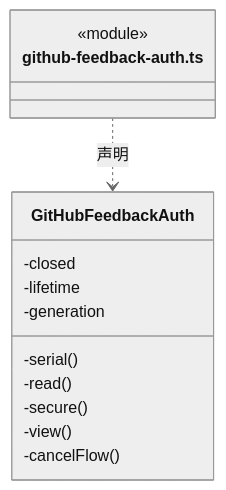
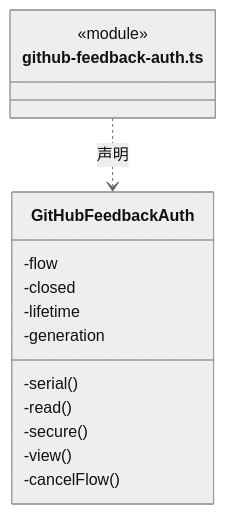
The fifth of 9 diagrams in src/logic/feedback/service/ARCHITECTURE.md (nan023062/cbim), drawn with Mermaid (neutral theme) before and after one commit. The commit also changed other lines of this file and 139 other files, not shown here.

Commit message:
docs(architecture): add source reading paths and complete file inventories

````diff
--- a/src/logic/feedback/service/ARCHITECTURE.md
+++ b/src/logic/feedback/service/ARCHITECTURE.md
@@ -117,17 +121,18 @@
 ```mermaid
 classDiagram
 class N_src_logic_feedback_service_github_feedback_auth_ts["github-feedback-auth.ts"] {
   <<module>>
 }
 class N_src_logic_feedback_service_github_feedback_auth_ts_GitHubFeedbackAuth["GitHubFeedbackAuth"] {
+  -flow
   -closed
   -lifetime
   -generation
   -serial()
   -read()
   -secure()
   -view()
   -cancelFlow()
 }
 N_src_logic_feedback_service_github_feedback_auth_ts ..> N_src_logic_feedback_service_github_feedback_auth_ts_GitHubFeedbackAuth : 声明
 ```
````
